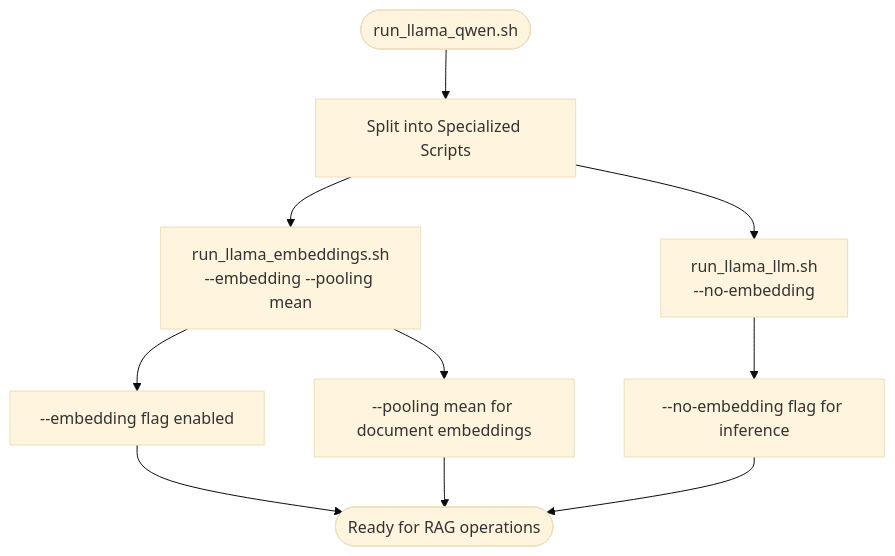
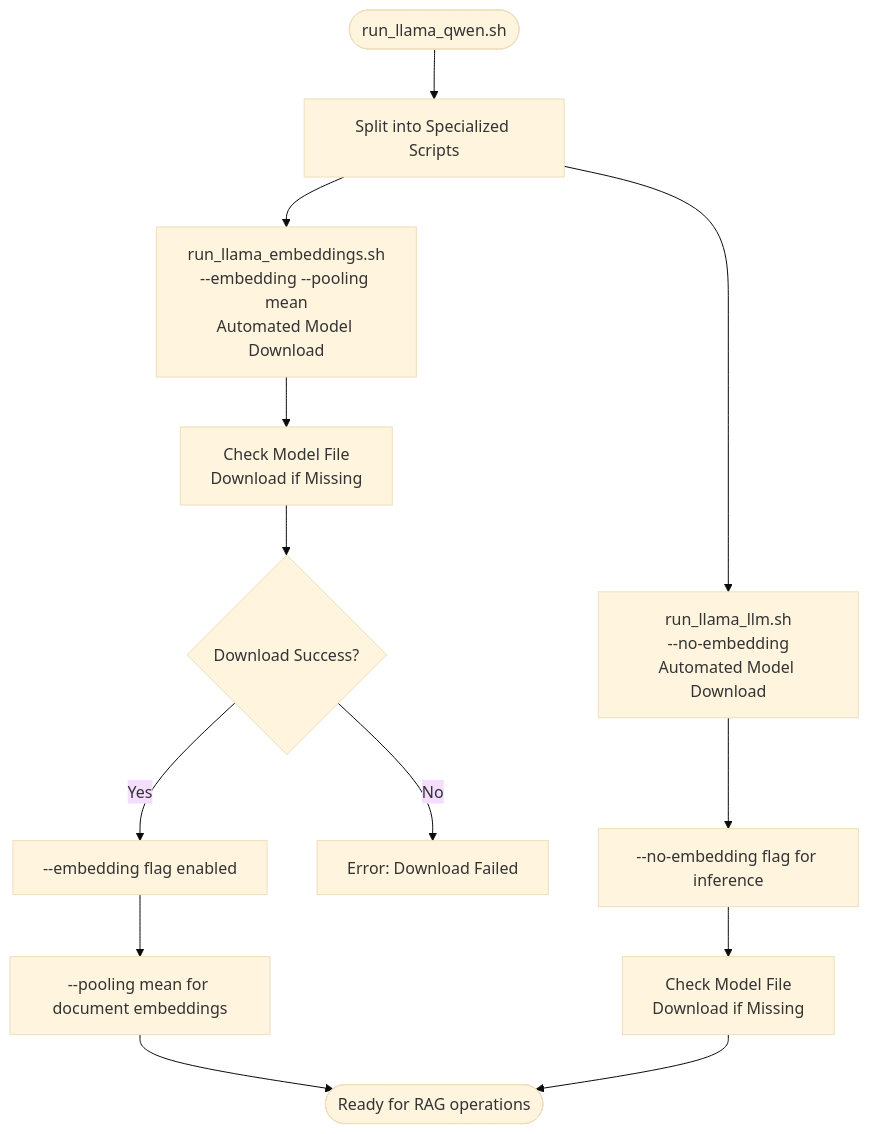
The eighth of 13 diagrams in .qoder/repowiki/en/content/Deployment and Operations.md (ognelis/cafetera_hr_bot), drawn with Mermaid (base theme) before and after one commit. The commit also changed other lines of this file and 11 other files, not shown here.

````diff
--- a/.qoder/repowiki/en/content/Deployment and Operations.md
+++ b/.qoder/repowiki/en/content/Deployment and Operations.md
@@ -333,12 +401,15 @@
 ```mermaid
 flowchart TD
 Start(["run_llama_qwen.sh"]) --> SplitScripts["Split into Specialized Scripts"]
-SplitScripts --> Embeddings["run_llama_embeddings.sh<br/>--embedding --pooling mean"]
-SplitScripts --> LLM["run_llama_llm.sh<br/>--no-embedding"]
-Embeddings --> EmbeddingFlag["--embedding flag enabled"]
-Embeddings --> PoolingMean["--pooling mean for document embeddings"]
+SplitScripts --> Embeddings["run_llama_embeddings.sh<br/>--embedding --pooling mean<br/>Automated Model Download"]
+SplitScripts --> LLM["run_llama_llm.sh<br/>--no-embedding<br/>Automated Model Download"]
+Embeddings --> ModelCheck["Check Model File<br/>Download if Missing"]
+ModelCheck --> DownloadSuccess{"Download Success?"}
+DownloadSuccess --> |Yes| EmbeddingFlag["--embedding flag enabled"]
+DownloadSuccess --> |No| ErrorExit["Error: Download Failed"]
+EmbeddingFlag --> PoolingMean["--pooling mean for document embeddings"]
 LLM --> NoEmbedding["--no-embedding flag for inference"]
-EmbeddingFlag --> Ready(["Ready for RAG operations"])
-PoolingMean --> Ready
-NoEmbedding --> Ready
+NoEmbedding --> ModelCheck2["Check Model File<br/>Download if Missing"]
+PoolingMean --> Ready(["Ready for RAG operations"])
+ModelCheck2 --> Ready
 ```
````
